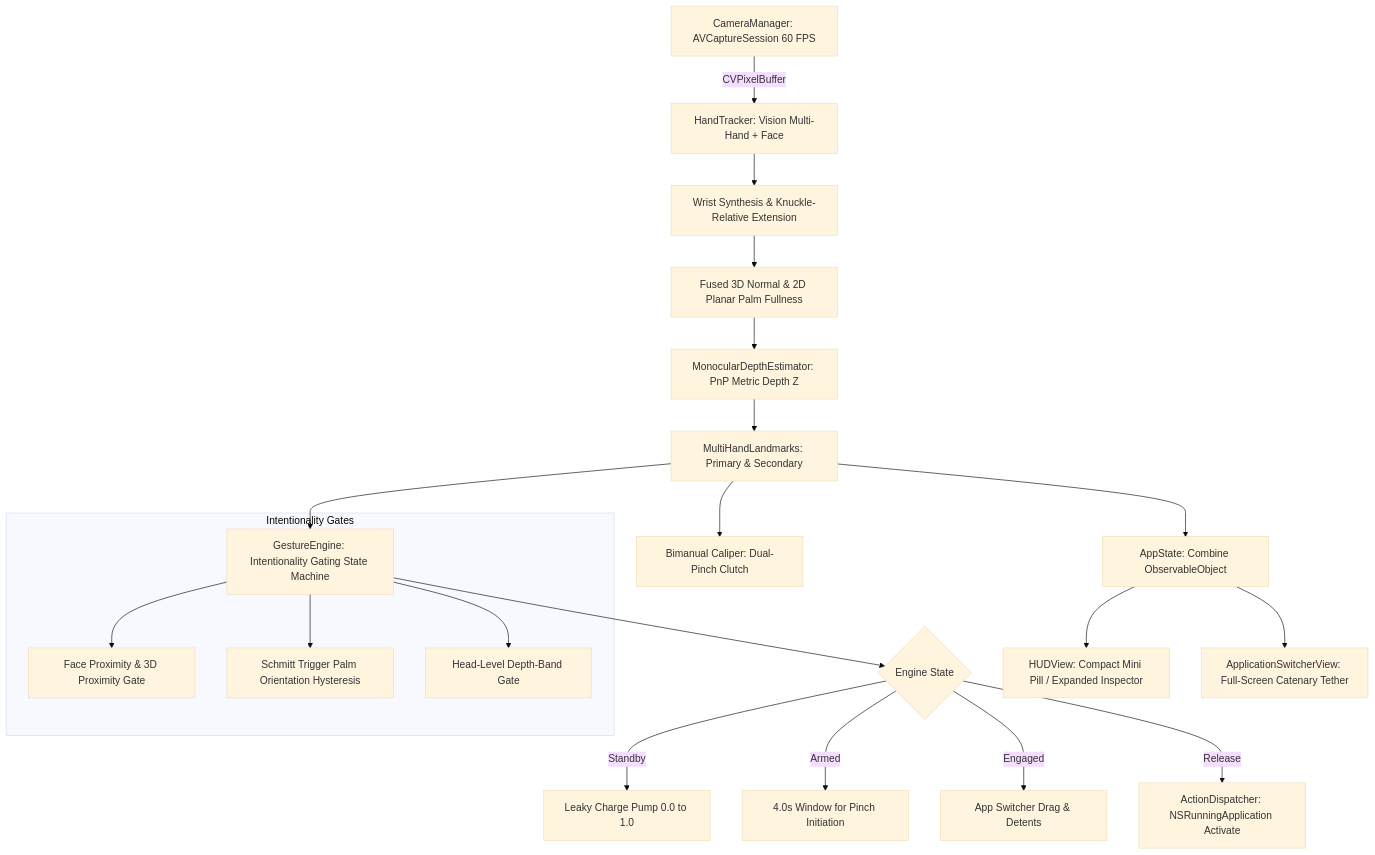
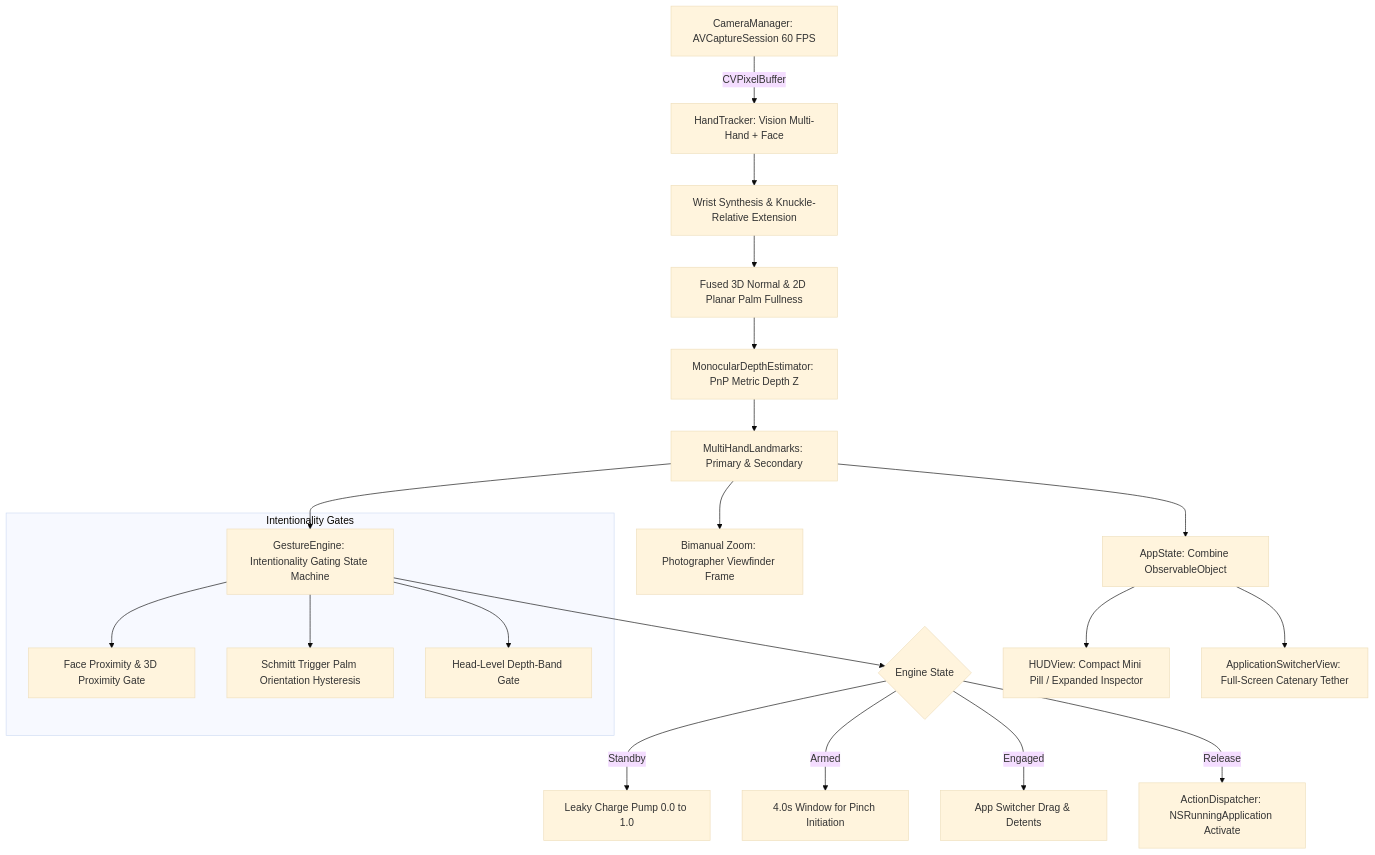
Before and after one commit to Thundercok/gesture-app-for-macs: the diagram in GestureFlowApp/HANDOFF.md, drawn with Mermaid (base theme). The commit also changed other lines of this file and 9 other files, not shown here.

````diff
--- a/GestureFlowApp/HANDOFF.md
+++ b/GestureFlowApp/HANDOFF.md
@@ -47,28 +51,28 @@
 ```mermaid
 flowchart TD
     Cam[CameraManager: AVCaptureSession 60 FPS] -->|CVPixelBuffer| Tracker[HandTracker: Vision Multi-Hand + Face]
     Tracker --> Synthesis[Wrist Synthesis & Knuckle-Relative Extension]
     Synthesis --> Normal[Fused 3D Normal & 2D Planar Palm Fullness]
     Normal --> Depth[MonocularDepthEstimator: PnP Metric Depth Z]
     
     Depth --> MultiHandData[MultiHandLandmarks: Primary & Secondary]
     
     MultiHandData --> Engine[GestureEngine: Intentionality Gating State Machine]
-    MultiHandData --> BimanualZoom[Bimanual Caliper: Dual-Pinch Clutch]
+    MultiHandData --> BimanualZoom[Bimanual Zoom: Photographer Viewfinder Frame]
     
     subgraph Intentionality Gates
         Engine --> Gate1[Face Proximity & 3D Proximity Gate]
         Engine --> Gate2[Schmitt Trigger Palm Orientation Hysteresis]
         Engine --> Gate3[Head-Level Depth-Band Gate]
     end
     
     Engine --> StateTransitions{Engine State}
     StateTransitions -->|Standby| Charge[Leaky Charge Pump 0.0 to 1.0]
     StateTransitions -->|Armed| ArmedWait[4.0s Window for Pinch Initiation]
     StateTransitions -->|Engaged| DockNav[App Switcher Drag & Detents]
     StateTransitions -->|Release| Commit[ActionDispatcher: NSRunningApplication Activate]
     
     MultiHandData --> AppState[AppState: Combine ObservableObject]
     AppState --> HUDView[HUDView: Compact Mini Pill / Expanded Inspector]
     AppState --> SwitcherView[ApplicationSwitcherView: Full-Screen Catenary Tether]
 ```
````
